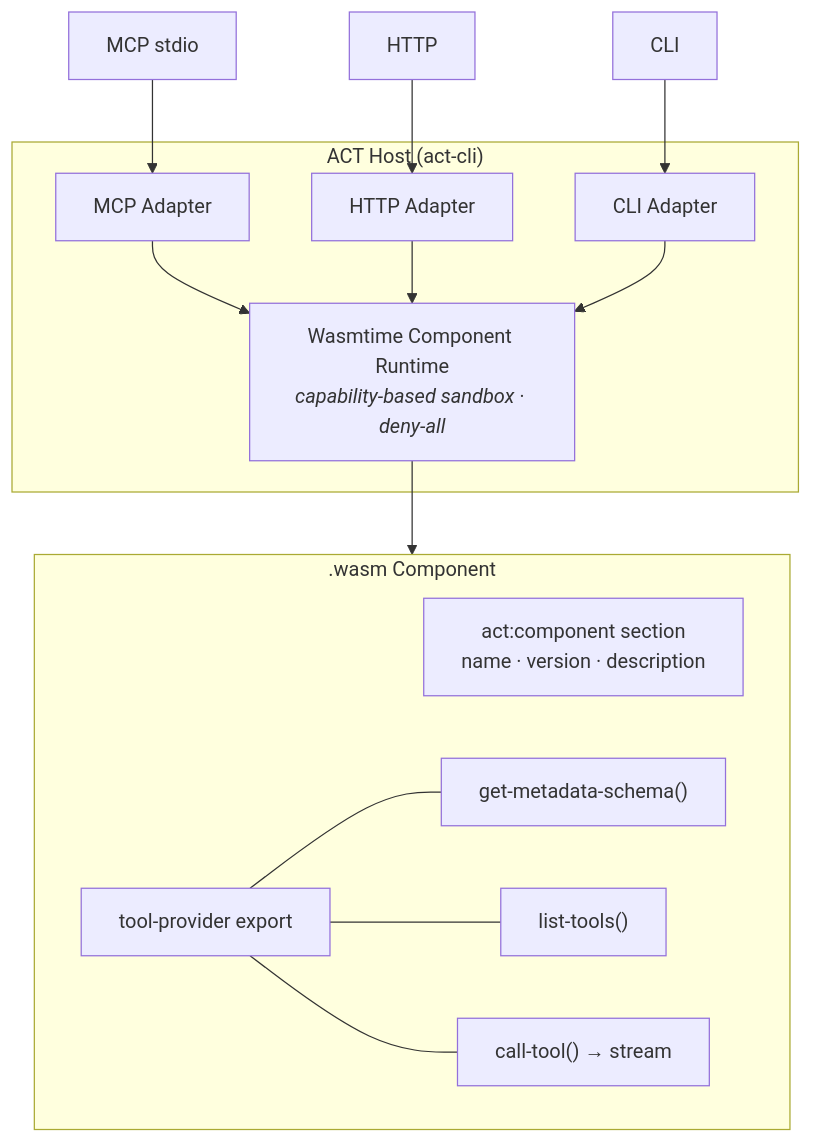
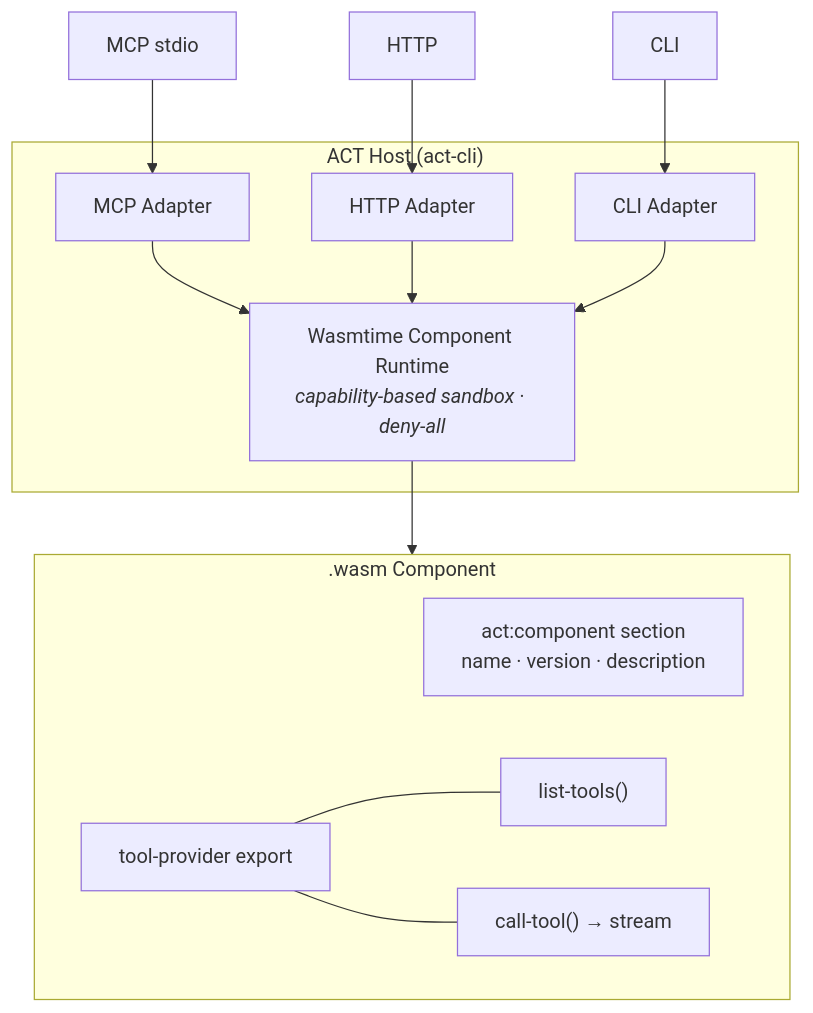
The first of 2 diagrams in README.md (actcore/act-spec), drawn with Mermaid before and after one commit. The commit also changed 13 other files, not shown here.

````diff
--- a/README.md
+++ b/README.md
@@ -33,22 +33,21 @@
 ```mermaid
 graph TD
     MCP["MCP stdio"] --> MA["MCP Adapter"]
     HTTP["HTTP"] --> HA["HTTP Adapter"]
     CLI["CLI"] --> CA["CLI Adapter"]
 
     subgraph Host["ACT Host (act-cli)"]
         MA & HA & CA --> Runtime
         Runtime["Wasmtime Component Runtime\n<i>capability-based sandbox · deny-all</i>"]
     end
 
     Runtime --> Component
 
     subgraph Component[".wasm Component"]
         Section["act:component section\nname · version · description"]
         Export["tool-provider export"]
-        GMS["get-metadata-schema()"]
         LT["list-tools()"]
         CT["call-tool() → stream"]
-        Export --- GMS & LT & CT
+        Export --- LT & CT
     end
 ```
````
